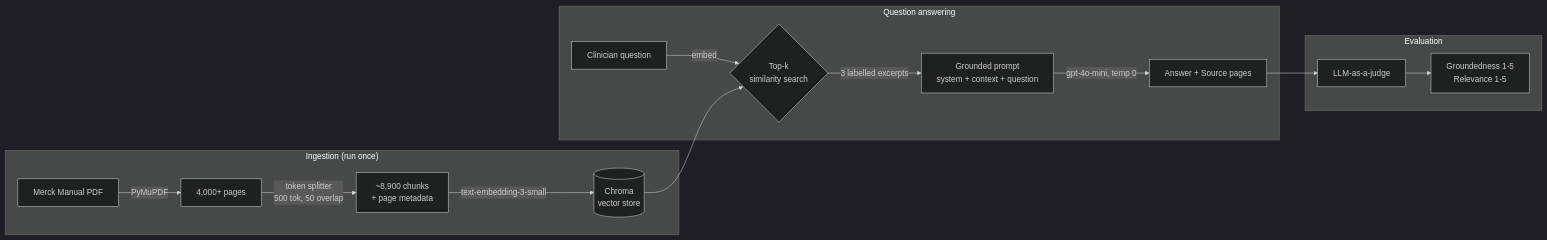
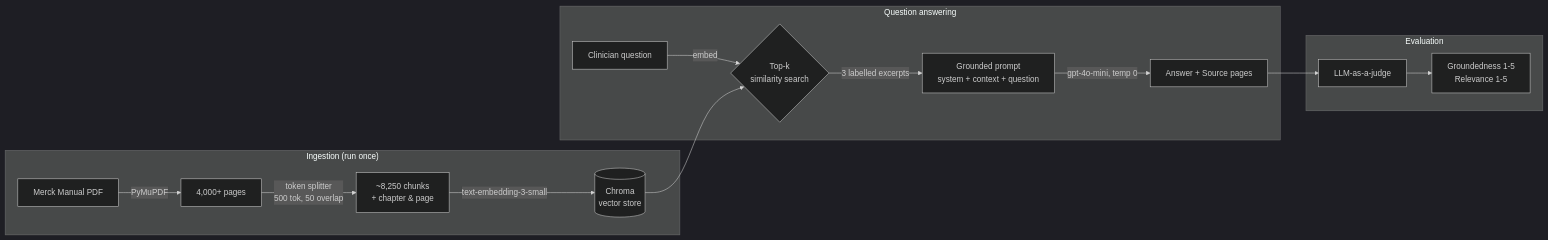
Before and after one commit to bks1984/medical-rag-assistant: the diagram in README.md, drawn with Mermaid (dark theme). The commit also changed other lines of this file and 5 other files, not shown here.

First line of the commit message:
Clean Merck watermark and cite chapter + printed page

````diff
--- a/README.md
+++ b/README.md
@@ -51,18 +51,18 @@
 ```mermaid
 flowchart LR
     subgraph Ingestion["Ingestion (run once)"]
         A[Merck Manual PDF] -->|PyMuPDF| B[4,000+ pages]
-        B -->|token splitter<br/>500 tok, 50 overlap| C[~8,900 chunks<br/>+ page metadata]
+        B -->|token splitter<br/>500 tok, 50 overlap| C[~8,250 chunks<br/>+ chapter & page]
         C -->|text-embedding-3-small| D[(Chroma<br/>vector store)]
     end
     subgraph Query["Question answering"]
         Q[Clinician question] -->|embed| R{Top-k<br/>similarity search}
         D --> R
         R -->|3 labelled excerpts| P[Grounded prompt<br/>system + context + question]
         P -->|gpt-4o-mini, temp 0| ANS[Answer + Source pages]
     end
     subgraph Eval["Evaluation"]
         ANS --> J[LLM-as-a-judge]
         J --> S[Groundedness 1-5<br/>Relevance 1-5]
     end
 ```
````
